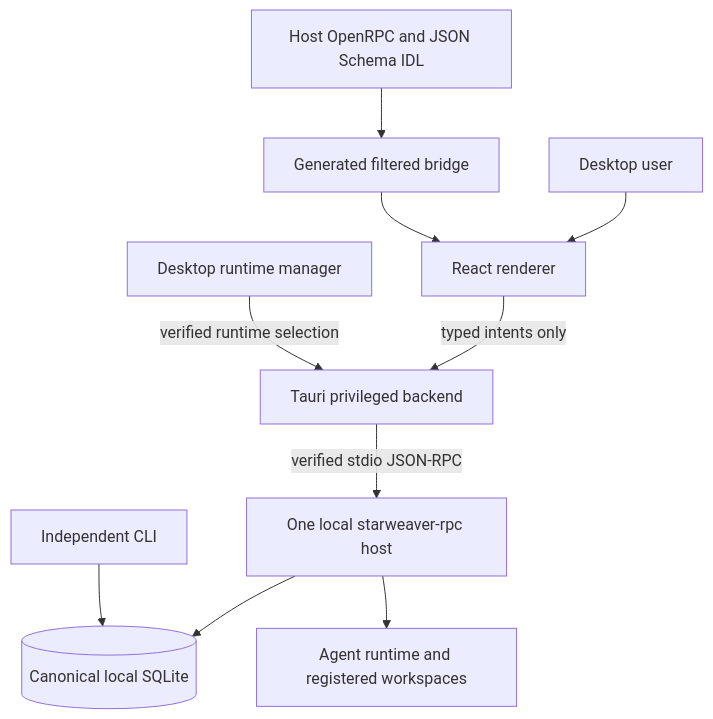
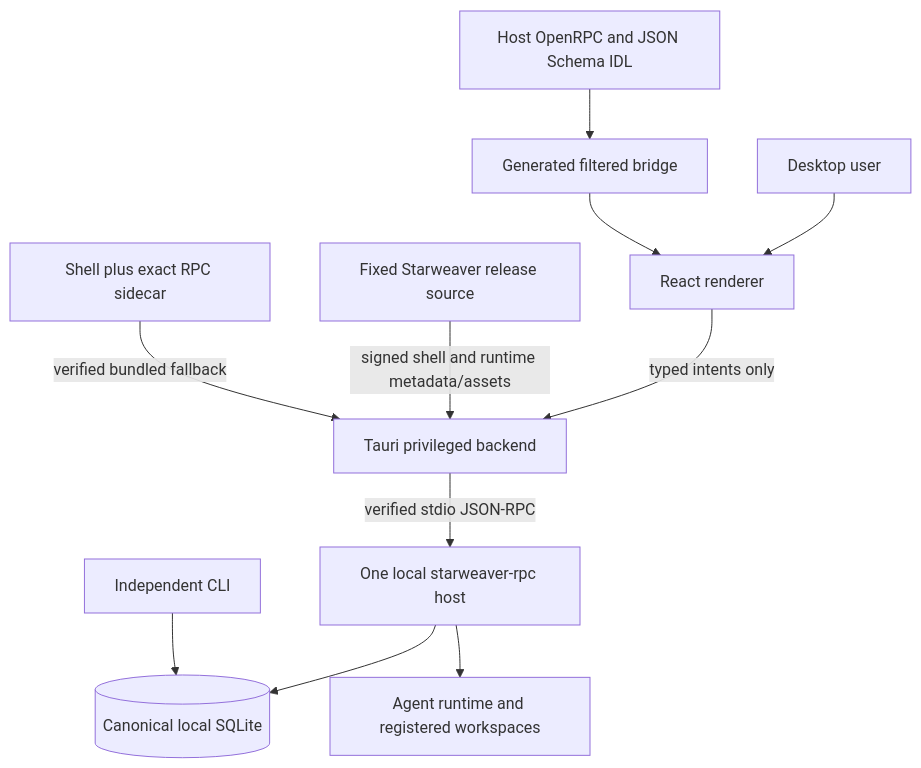
The diagram in spec/desktop/README.md (Wh1isper/starweaver), drawn with Mermaid before and after one commit. The commit also changed other lines of this file and 74 other files, not shown here.

First line of the commit message:
feat(desktop): add independent runtime and app updates (#99)

````diff
--- a/spec/desktop/README.md
+++ b/spec/desktop/README.md
@@ -86,23 +88,25 @@
 ```mermaid
 flowchart TD
     user[Desktop user]
     renderer[React renderer]
     backend[Tauri privileged backend]
-    updater[Desktop runtime manager]
+    release[Fixed Starweaver release source]
+    package[Shell plus exact RPC sidecar]
     rpc[One local starweaver-rpc host]
     idl[Host OpenRPC and JSON Schema IDL]
     bridge[Generated filtered bridge]
     store[(Canonical local SQLite)]
     runtime[Agent runtime and registered workspaces]
     cli[Independent CLI]
 
     user --> renderer
     idl --> bridge
     bridge --> renderer
     renderer -->|typed intents only| backend
+    release -->|signed shell and runtime metadata/assets| backend
+    package -->|verified bundled fallback| backend
     backend -->|verified stdio JSON-RPC| rpc
-    updater -->|verified runtime selection| backend
     rpc --> store
     rpc --> runtime
     cli --> store
 ```
````
